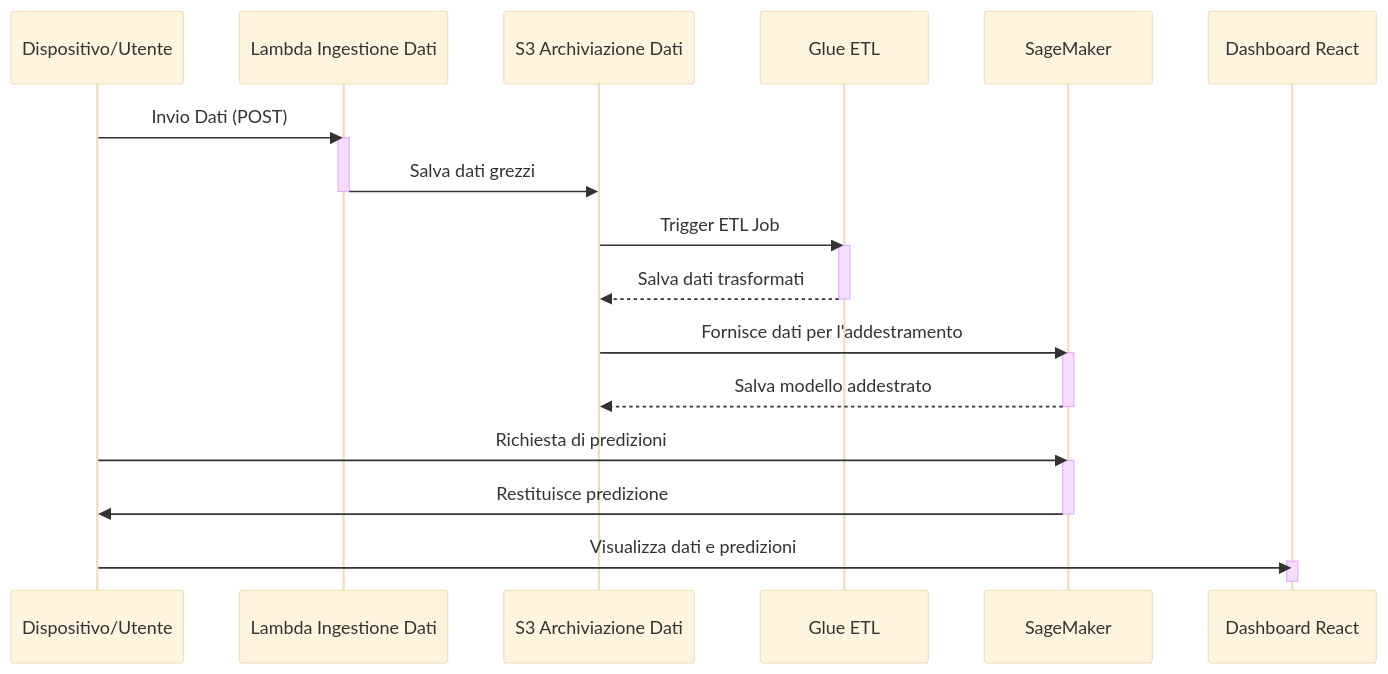
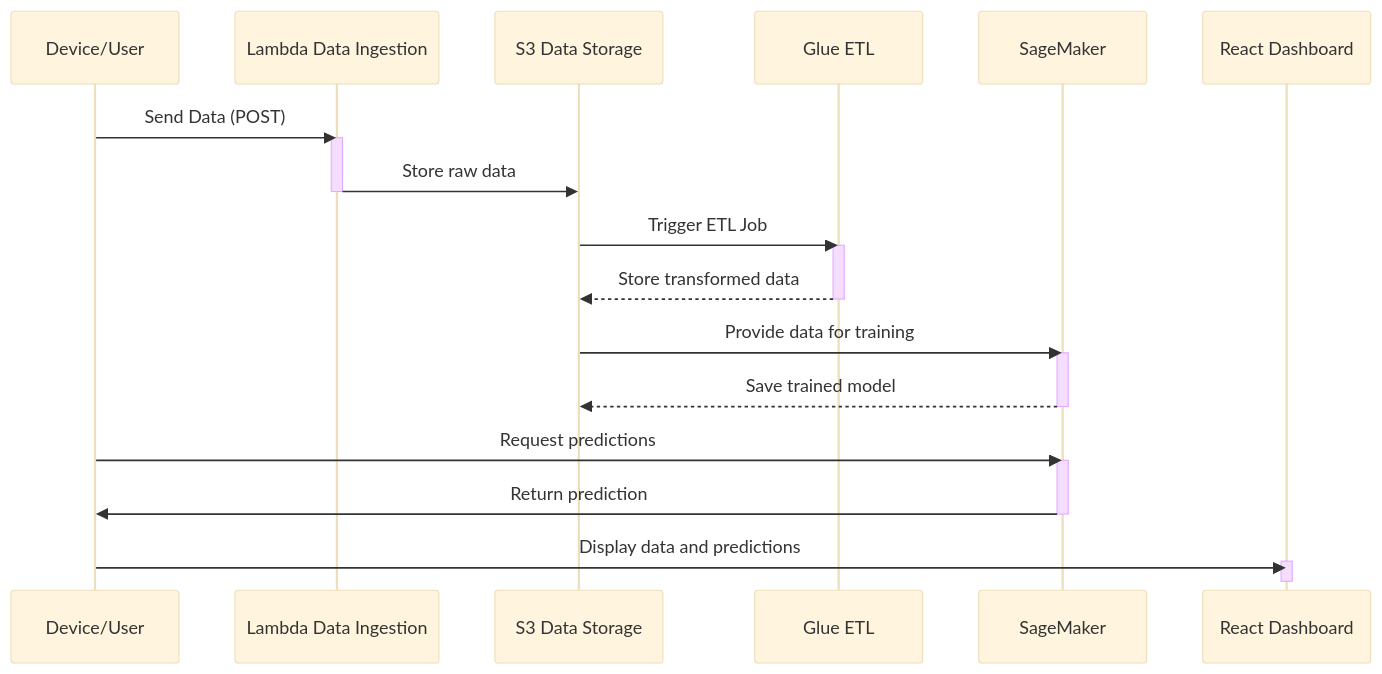
The diagram in README.md (ricscar2570/Serverless-Data-Engineering-Pipeline), drawn with Mermaid (base theme) before and after one commit. The commit also changed other lines of this file, not shown here.

````diff
--- a/README.md
+++ b/README.md
@@ -12,33 +12,33 @@
 ```mermaid
 sequenceDiagram
-    participant User as Dispositivo/Utente
-    participant LambdaIngest as Lambda Ingestione Dati
-    participant S3 as S3 Archiviazione Dati
+    participant User as Device/User
+    participant LambdaIngest as Lambda Data Ingestion
+    participant S3 as S3 Data Storage
     participant Glue as Glue ETL
     participant SageMaker as SageMaker
-    participant Dashboard as Dashboard React
+    participant Dashboard as React Dashboard
 
-    User->>LambdaIngest: Invio Dati (POST)
+    User->>LambdaIngest: Send Data (POST)
     activate LambdaIngest
-    LambdaIngest->>S3: Salva dati grezzi
+    LambdaIngest->>S3: Store raw data
     deactivate LambdaIngest
     
     S3->>Glue: Trigger ETL Job
     activate Glue
-    Glue-->>S3: Salva dati trasformati
+    Glue-->>S3: Store transformed data
     deactivate Glue
     
-    S3->>SageMaker: Fornisce dati per l'addestramento
+    S3->>SageMaker: Provide data for training
     activate SageMaker
-    SageMaker-->>S3: Salva modello addestrato
+    SageMaker-->>S3: Save trained model
     deactivate SageMaker
 
-    User->>SageMaker: Richiesta di predizioni
+    User->>SageMaker: Request predictions
     activate SageMaker
-    SageMaker->>User: Restituisce predizione
+    SageMaker->>User: Return prediction
     deactivate SageMaker
 
-    User->>Dashboard: Visualizza dati e predizioni
+    User->>Dashboard: Display data and predictions
     activate Dashboard
     deactivate Dashboard
 ```
````
